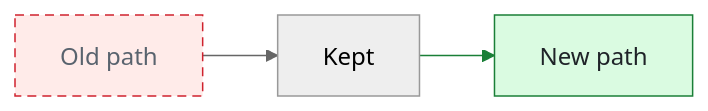
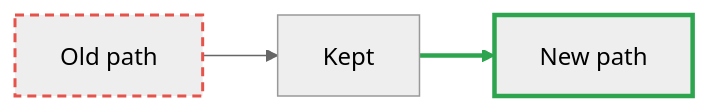
One commit to zzh730/agent-skill changed the second of 4 diagrams in skills/pele-diagram/references/mermaid-cheatsheet.md. Above: the diagram before and after it, drawn with Mermaid (neutral theme). The commit also changed other lines of this file and 5 other files, not shown here.

First line of the commit message:
Keep Mermaid diff classes to line colors so GitHub renders them

````diff
--- a/skills/pele-diagram/references/mermaid-cheatsheet.md
+++ b/skills/pele-diagram/references/mermaid-cheatsheet.md
@@ -45,8 +45,8 @@
 ```mermaid
 flowchart LR
   a[Old path]:::removed --> b[Kept]
   b e1@--> c[New path]:::added
   class e1 added
-  classDef added fill:#dafbe1,stroke:#1a7f37,color:#1f2328
-  classDef removed fill:#ffebe9,stroke:#cf222e,color:#59636e,stroke-dasharray:6 4
+  classDef added stroke:#2da44e,stroke-width:3px
+  classDef removed stroke:#e5534b,stroke-width:2px,stroke-dasharray:6 4
 ```
````
